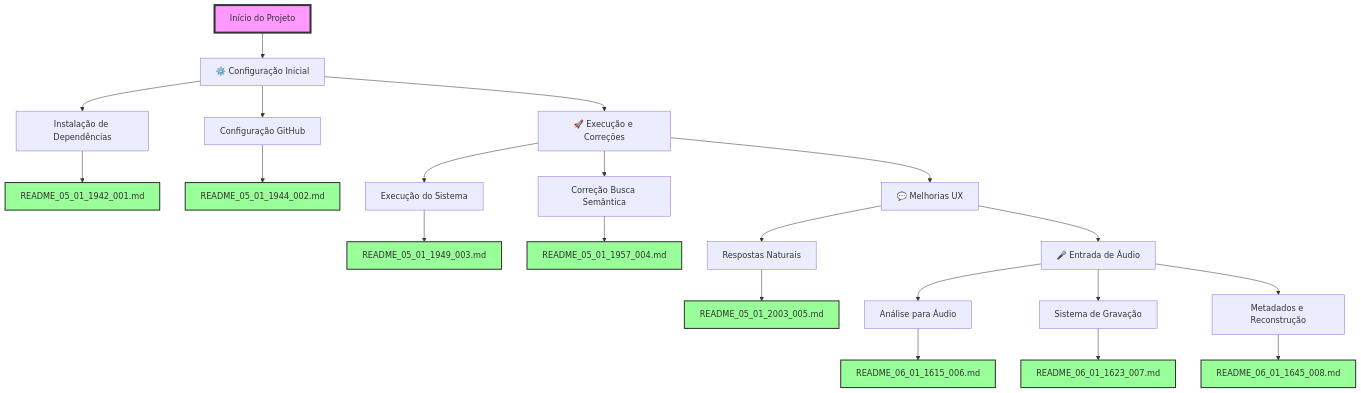
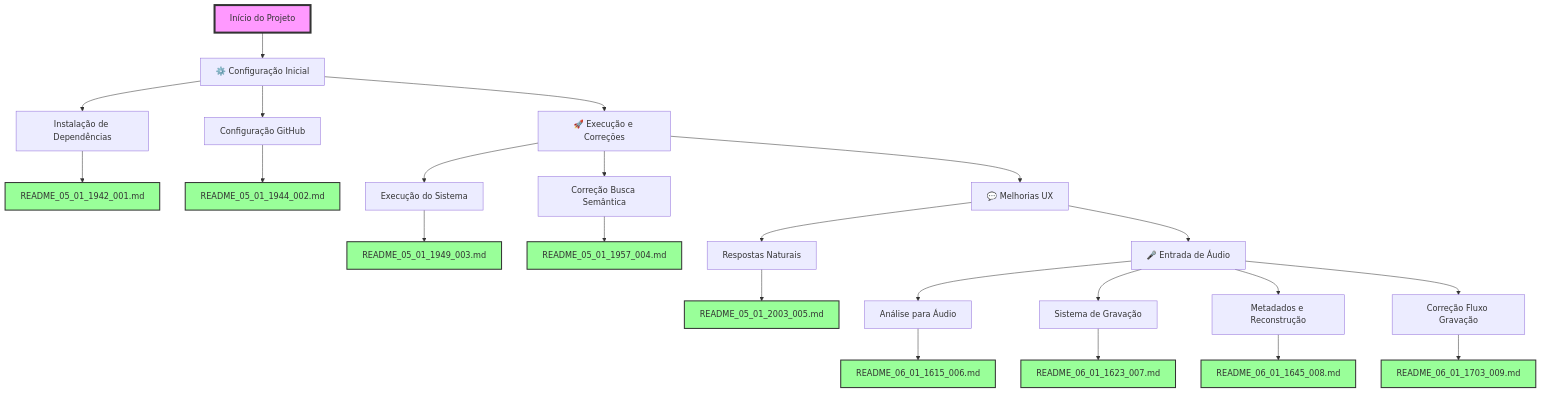
One commit to estival9999/auralis changed the diagram in FLUXOGRAMA.md. Above: the diagram before and after it, drawn with Mermaid. The commit also changed other lines of this file and 2 other files, not shown here.

First line of the commit message:
[FIX] Corrigir fluxo de gravação de áudio na interface

````diff
--- a/FLUXOGRAMA.md
+++ b/FLUXOGRAMA.md
@@ -13,36 +13,39 @@
 ```mermaid
 flowchart TD
     A[Início do Projeto] --> A1[⚙️ Configuração Inicial]
     A1 --> A1_1[Instalação de Dependências]
     A1_1 --> README1[README_05_01_1942_001.md]
     A1 --> A1_2[Configuração GitHub]
     A1_2 --> README2[README_05_01_1944_002.md]
     
     A1 --> A2[🚀 Execução e Correções]
     A2 --> A2_1[Execução do Sistema]
     A2_1 --> README3[README_05_01_1949_003.md]
     A2 --> A2_2[Correção Busca Semântica]
     A2_2 --> README4[README_05_01_1957_004.md]
     
     A2 --> A3[💬 Melhorias UX]
     A3 --> A3_1[Respostas Naturais]
     A3_1 --> README5[README_05_01_2003_005.md]
     
     A3 --> A4[🎤 Entrada de Áudio]
     A4 --> A4_1[Análise para Áudio]
     A4_1 --> README6[README_06_01_1615_006.md]
     A4 --> A4_2[Sistema de Gravação]
     A4_2 --> README7[README_06_01_1623_007.md]
     A4 --> A4_3[Metadados e Reconstrução]
     A4_3 --> README8[README_06_01_1645_008.md]
+    A4 --> A4_4[Correção Fluxo Gravação]
+    A4_4 --> README9[README_06_01_1703_009.md]
     
     style A fill:#f9f,stroke:#333,stroke-width:4px
     style README1 fill:#9f9,stroke:#333,stroke-width:2px
     style README2 fill:#9f9,stroke:#333,stroke-width:2px
     style README3 fill:#9f9,stroke:#333,stroke-width:2px
     style README4 fill:#9f9,stroke:#333,stroke-width:2px
     style README5 fill:#9f9,stroke:#333,stroke-width:2px
     style README6 fill:#9f9,stroke:#333,stroke-width:2px
     style README7 fill:#9f9,stroke:#333,stroke-width:2px
     style README8 fill:#9f9,stroke:#333,stroke-width:2px
+    style README9 fill:#9f9,stroke:#333,stroke-width:2px
 ```
````
